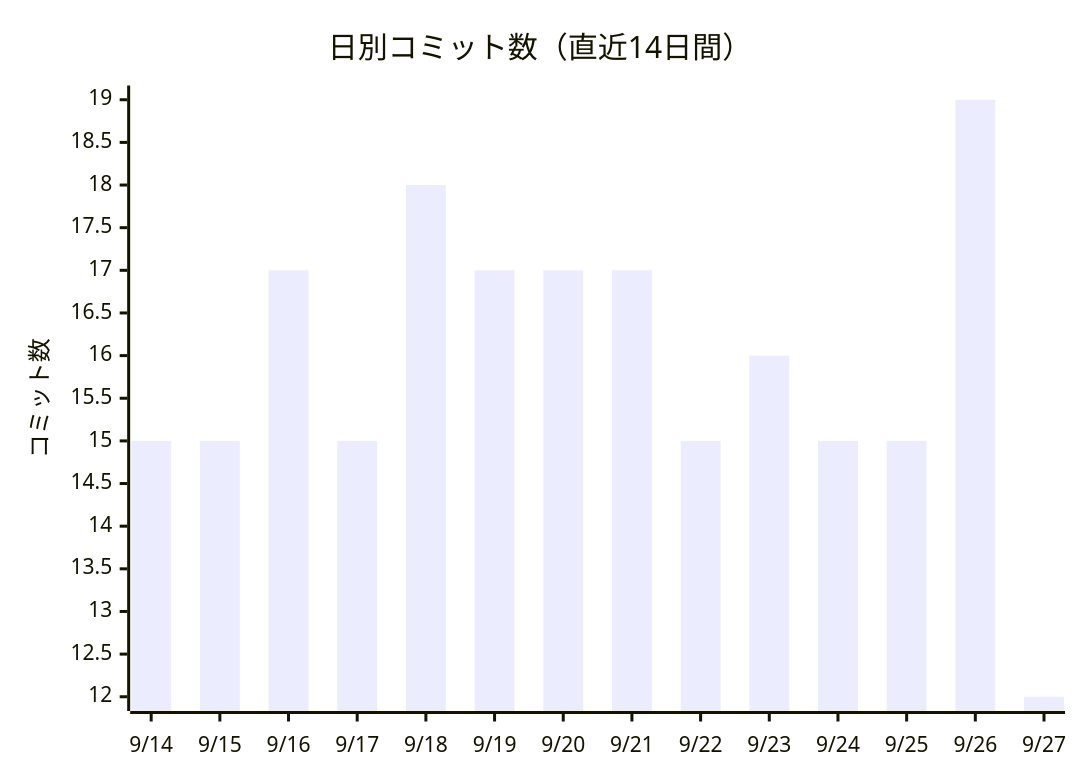
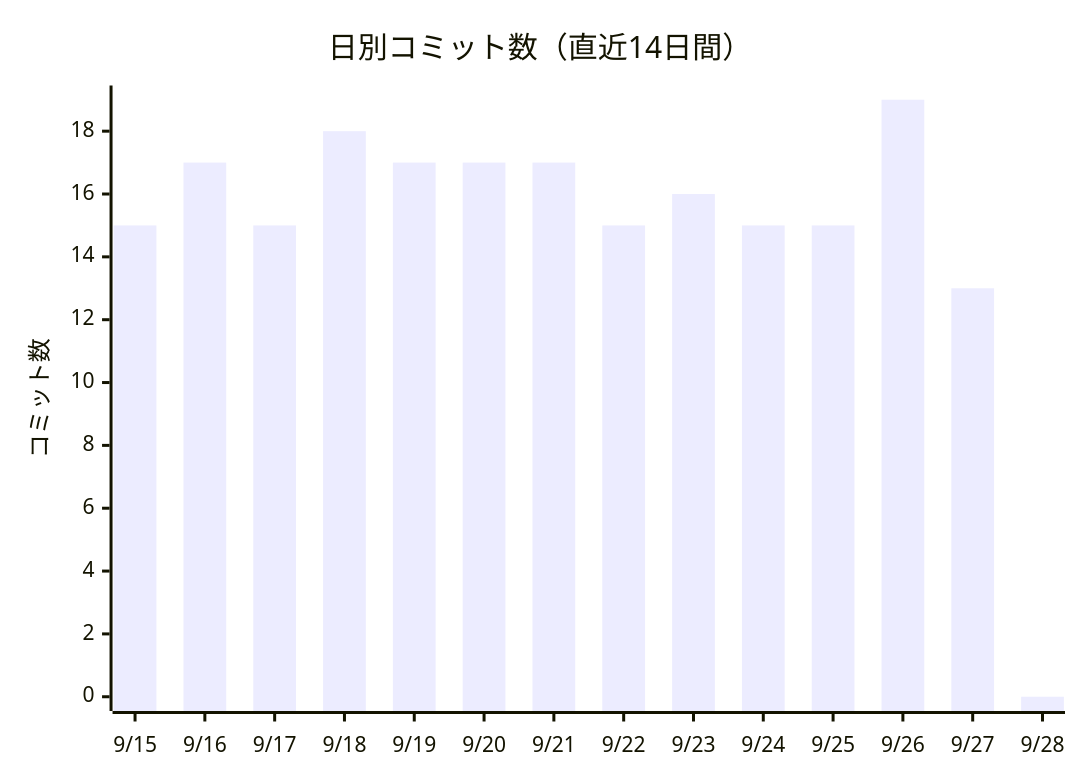
The first of 2 diagrams in docs/進化レポート.md (non-x2/non-x2), drawn with Mermaid before and after one commit. The commit also changed other lines of this file and 2 other files, not shown here.

````diff
--- a/docs/進化レポート.md
+++ b/docs/進化レポート.md
@@ -23,7 +23,7 @@
 ```mermaid
 xychart-beta
     title "日別コミット数（直近14日間）"
-    x-axis ["9/14", "9/15", "9/16", "9/17", "9/18", "9/19", "9/20", "9/21", "9/22", "9/23", "9/24", "9/25", "9/26", "9/27"]
+    x-axis ["9/15", "9/16", "9/17", "9/18", "9/19", "9/20", "9/21", "9/22", "9/23", "9/24", "9/25", "9/26", "9/27", "9/28"]
     y-axis "コミット数"
-    bar [15, 15, 17, 15, 18, 17, 17, 17, 15, 16, 15, 15, 19, 12]
+    bar [15, 17, 15, 18, 17, 17, 17, 15, 16, 15, 15, 19, 13, 0]
 ```
````
